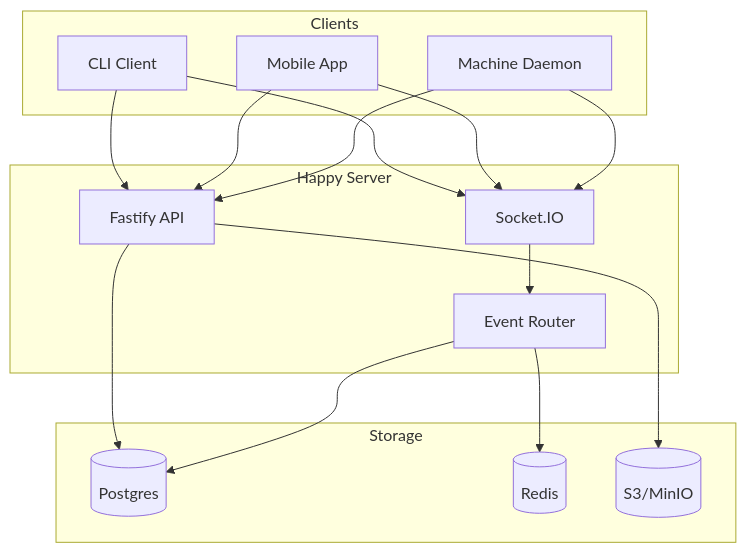
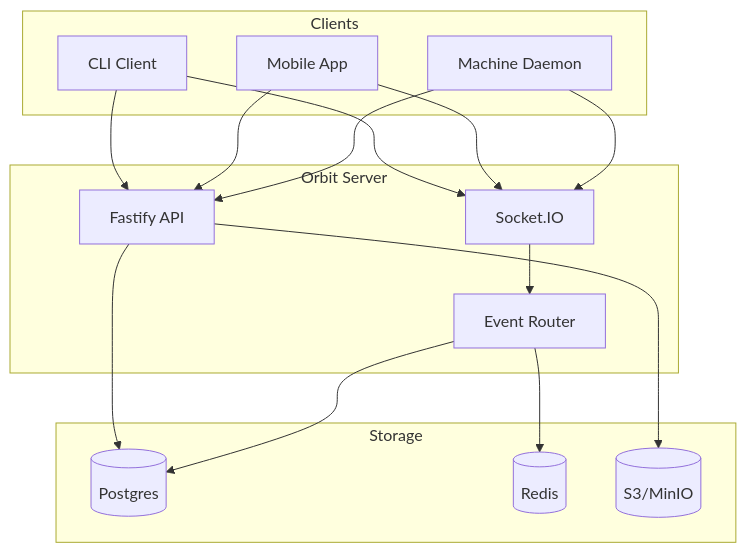
One commit to wwq20030329-oss/orbit changed the first of 9 diagrams in docs/backend-architecture.md. Above: the diagram before and after it, drawn with Mermaid. The commit also changed other lines of this file and 1919 other files, not shown here.

````diff
--- a/docs/backend-architecture.md
+++ b/docs/backend-architecture.md
@@ -7,33 +7,33 @@
 ```mermaid
 graph TB
     subgraph Clients
         CLI[CLI Client]
         Mobile[Mobile App]
         Daemon[Machine Daemon]
     end
 
-    subgraph "Happy Server"
+    subgraph "Orbit Server"
         API[Fastify API]
         Socket[Socket.IO]
         Events[Event Router]
     end
 
     subgraph Storage
         PG[(Postgres)]
         Redis[(Redis)]
         S3[(S3/MinIO)]
     end
 
     CLI --> API
     Mobile --> API
     Daemon --> API
     CLI --> Socket
     Mobile --> Socket
     Daemon --> Socket
 
     API --> PG
     API --> S3
     Socket --> Events
     Events --> Redis
     Events --> PG
 ```
````
